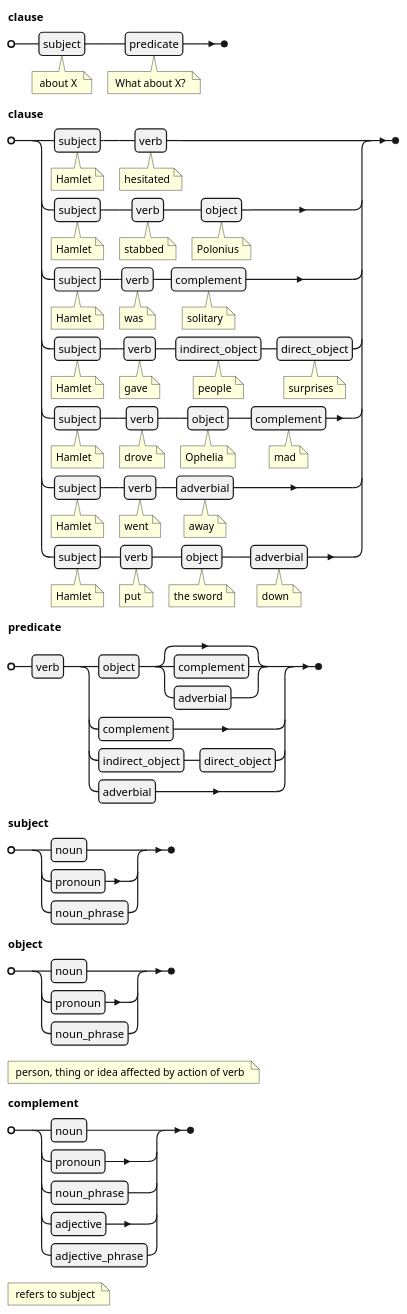
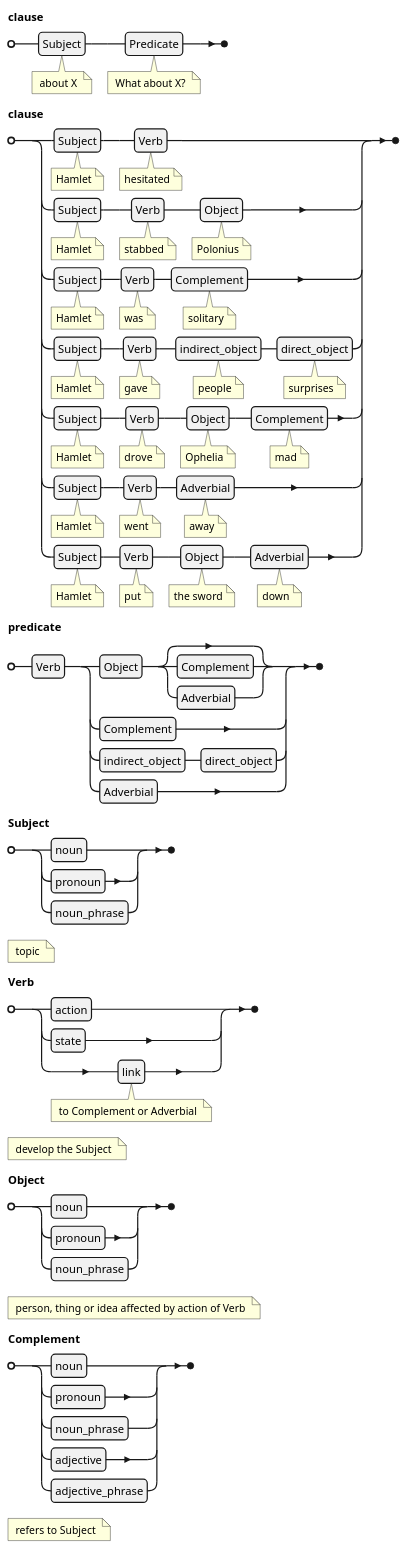
Before and after one commit to ChristineTham/buddhavacana: the fifth of 11 diagrams in content/en/docs/Reference/english.md, drawn with PlantUML. The commit also changed other lines of this file, not shown here.

````diff
--- a/content/en/docs/Reference/english.md
+++ b/content/en/docs/Reference/english.md
@@ -79,26 +79,29 @@
 ```plantuml
 @startebnf
-clause = subject (* about X *), predicate (* What about X? *);
-clause = (subject (*Hamlet*) , verb (*hesitated*) ) |
-  (subject (*Hamlet*) , verb (*stabbed*) , object (*Polonius*) ) |
-  (subject (*Hamlet*) , verb (*was*)  , complement (*solitary*) ) |
-  (subject (*Hamlet*) , verb (*gave*) , indirect_object (*people*)  , direct_object (*surprises*) ) |
-  (subject (*Hamlet*) , verb (*drove*) , object (*Ophelia*) , complement (*mad*) ) |
-  (subject (*Hamlet*) , verb (*went*) , adverbial (*away*) ) |
-  (subject (*Hamlet*) , verb (*put*) , object (*the sword*) , adverbial (*down*) ) ;
-predicate = verb , ( object , [complement | adverbial] | complement | (indirect_object , direct_object) | adverbial ) ;
-subject = noun |
+clause = Subject (* about X *), Predicate (* What about X? *);
+clause = (Subject (*Hamlet*) , Verb (*hesitated*) ) |
+  (Subject (*Hamlet*) , Verb (*stabbed*) , Object (*Polonius*) ) |
+  (Subject (*Hamlet*) , Verb (*was*)  , Complement (*solitary*) ) |
+  (Subject (*Hamlet*) , Verb (*gave*) , indirect_object (*people*)  , direct_object (*surprises*) ) |
+  (Subject (*Hamlet*) , Verb (*drove*) , Object (*Ophelia*) , Complement (*mad*) ) |
+  (Subject (*Hamlet*) , Verb (*went*) , Adverbial (*away*) ) |
+  (Subject (*Hamlet*) , Verb (*put*) , Object (*the sword*) , Adverbial (*down*) ) ;
+predicate = Verb , ( Object , [Complement | Adverbial] | Complement | (indirect_object , direct_object) | Adverbial ) ;
+Subject = noun |
   pronoun |
   noun_phrase ;
-object = noun |
+  (* topic *)
+Verb = action | state | link (* to Complement or Adverbial *) ;
+  (* develop the Subject *)
+Object = noun |
   pronoun |
   noun_phrase ;
-  (* person, thing or idea affected by action of verb *)
-complement = noun |
+  (* person, thing or idea affected by action of Verb *)
+Complement = noun |
   pronoun |
   noun_phrase |
   adjective |
   adjective_phrase ;
-  (* refers to subject *)
+  (* refers to Subject *)
 @endebnf
 ```
````
